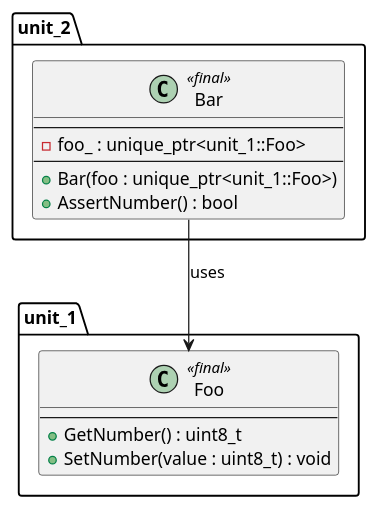
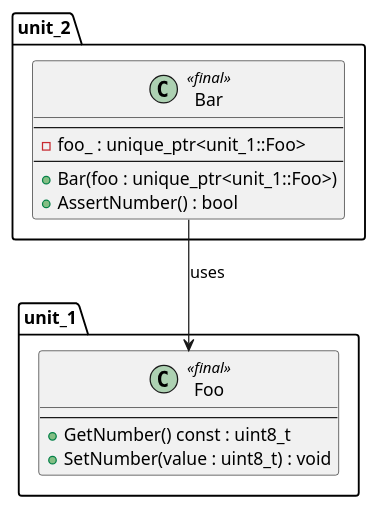
One commit to eclipse-score/tooling changed the diagram in bazel/rules/rules_score/docs/_assets/SeoocExample_UnitClassDiagram.puml. Above: the diagram before and after it, drawn with PlantUML. The commit also changed 51 other files, not shown here.

```diff
--- a/bazel/rules/rules_score/docs/_assets/SeoocExample_UnitClassDiagram.puml
+++ b/bazel/rules/rules_score/docs/_assets/SeoocExample_UnitClassDiagram.puml
@@ -14,23 +14,23 @@
 @startuml SeoocExample_UnitClassDiagram
 
 namespace unit_1 {
     class Foo <<final>>{
         --
-        + GetNumber() : uint8_t
+        + GetNumber() const : uint8_t
         + SetNumber(value : uint8_t) : void
     }
 }
 
 namespace unit_2 {
     class Bar <<final>>{
         --
         - foo_ : unique_ptr<unit_1::Foo>
         --
         + Bar(foo : unique_ptr<unit_1::Foo>)
         + AssertNumber() : bool
     }
 }
 
 Bar --> Foo : uses
 
 @enduml
```
